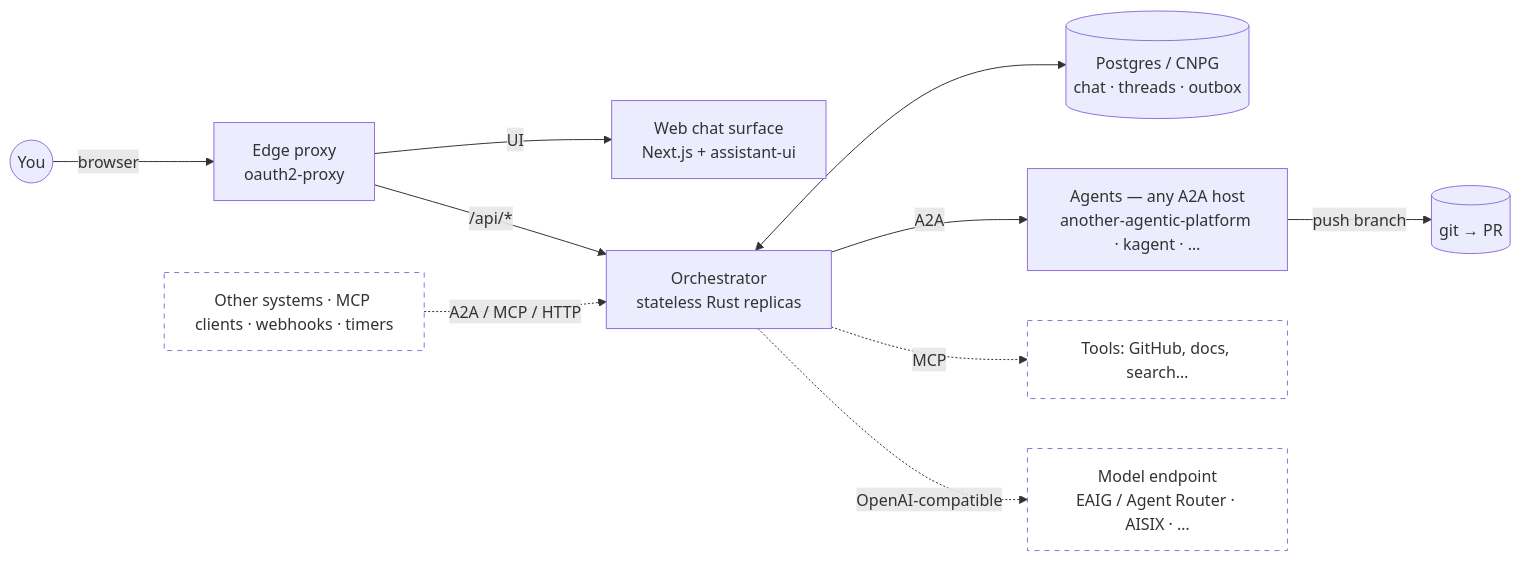
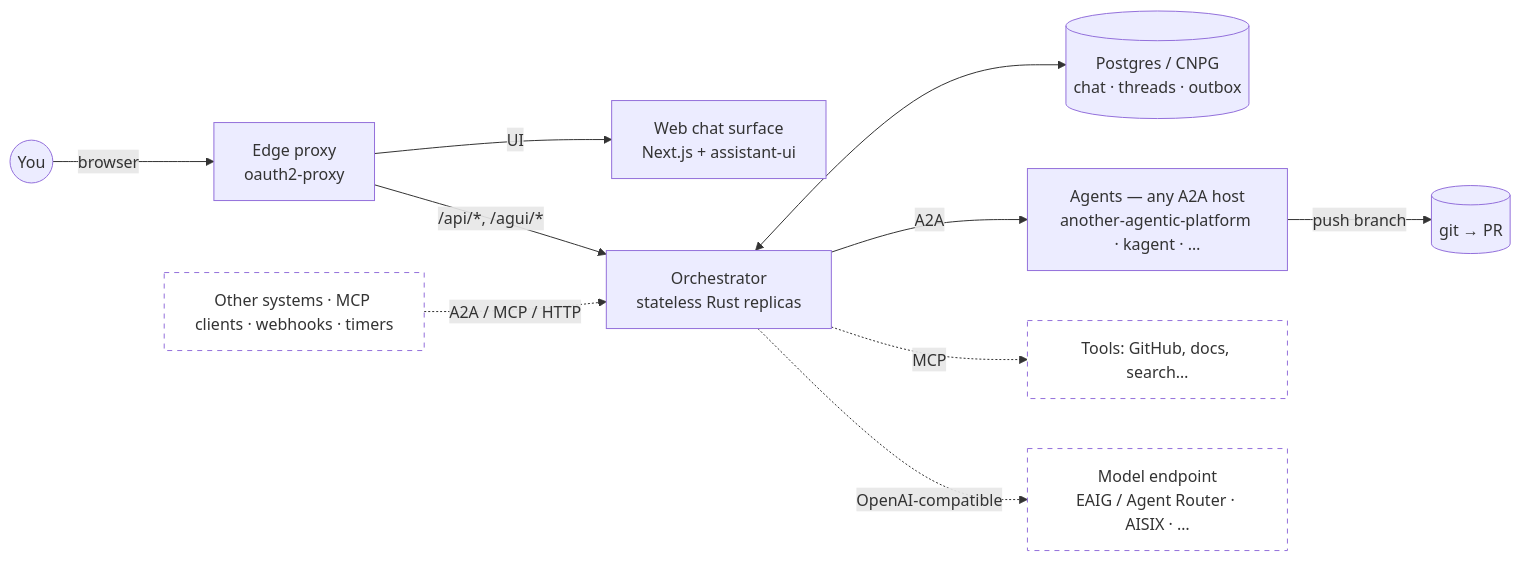
The diagram in README.md (vymalo/another-agentic-system), drawn with Mermaid before and after one commit. The commit also changed other lines of this file and 7 other files, not shown here.

First line of the commit message:
docs: architecture and orchestrator diagrams for AG-UI (#46)

````diff
--- a/README.md
+++ b/README.md
@@ -21,13 +21,13 @@
 ```mermaid
 flowchart LR
   you((You)) -- browser --> edge[Edge proxy<br/>oauth2-proxy]
   edge -- UI --> cp[Web chat surface<br/>Next.js + assistant-ui]
-  edge -- "/api/*" --> orch[Orchestrator<br/>stateless Rust replicas]
+  edge -- "/api/*, /agui/*" --> orch[Orchestrator<br/>stateless Rust replicas]
   orch <--> db[(Postgres / CNPG<br/>chat · threads · outbox)]
   orch -- A2A --> agents[Agents — any A2A host<br/>another-agentic-platform · kagent · …]
   agents -- push branch --> git[(git → PR)]
   ext[Other systems · MCP clients · webhooks · timers]:::planned -. A2A / MCP / HTTP .-> orch
   orch -. MCP .-> tools[Tools: GitHub, docs, search…]:::planned
   orch -. OpenAI-compatible .-> gw[Model endpoint<br/>EAIG / Agent Router · AISIX · …]:::planned
   classDef planned stroke-dasharray: 5 5,fill:none
 ```
````
